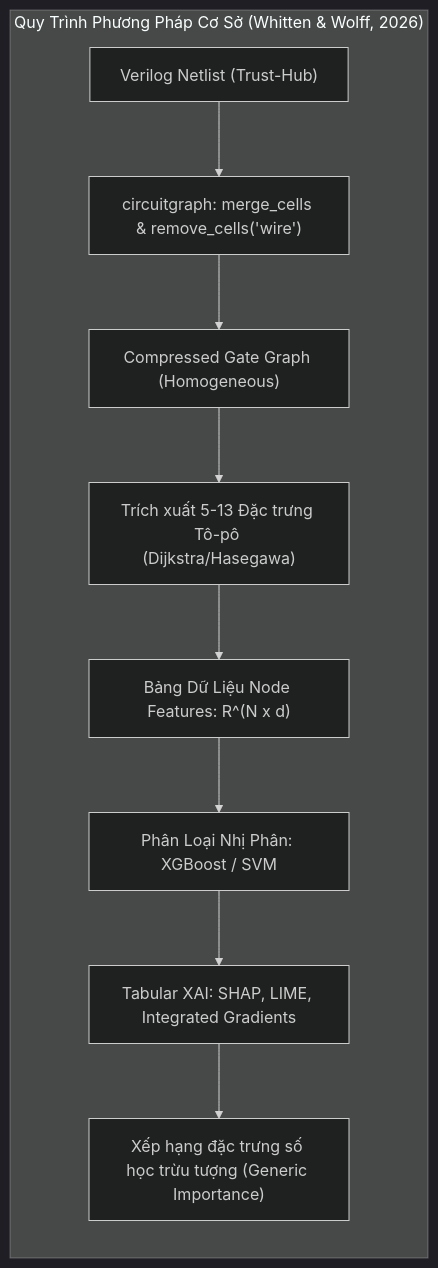
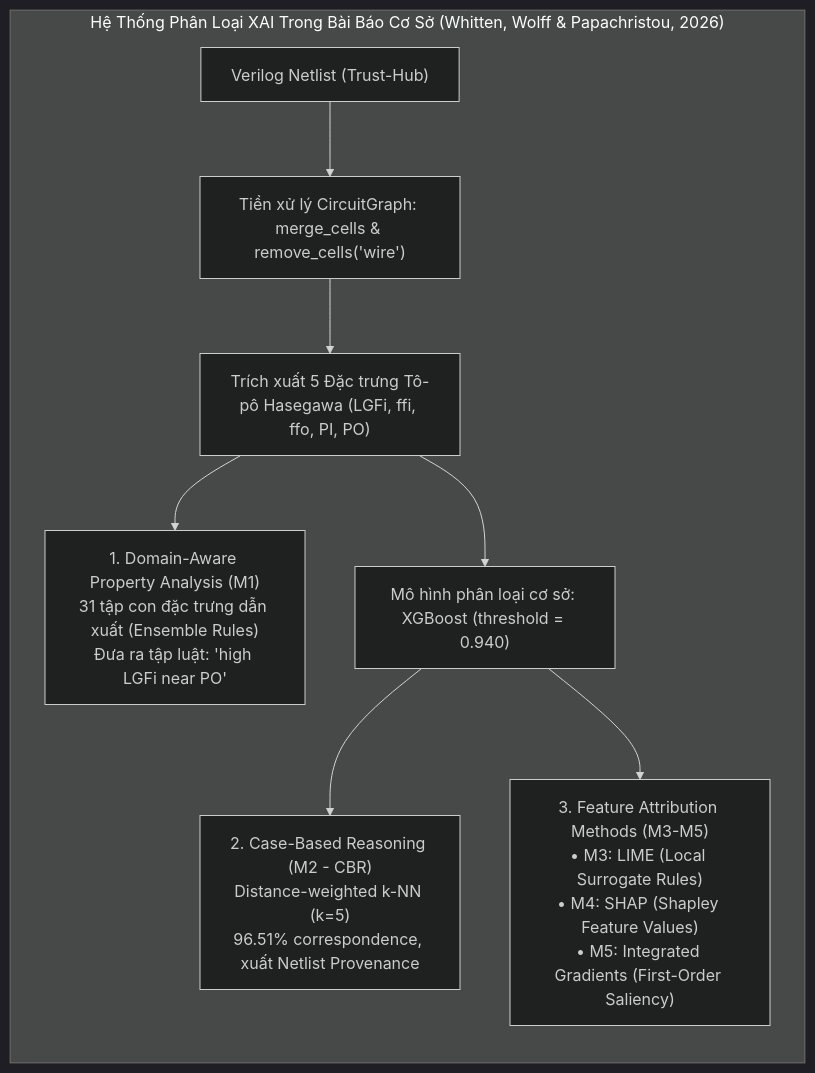
The second of 7 diagrams in reports/Research_Story.md (dattt19uit/expl_methods_hw_trojan_detection_code), drawn with Mermaid (dark theme) before and after one commit. The commit also changed other lines of this file and 7 other files, not shown here.

````diff
--- a/reports/Research_Story.md
+++ b/reports/Research_Story.md
@@ -71,13 +168,16 @@
 ```mermaid
-flowchart LR
-    subgraph Baseline_Flow ["Quy Trình Phương Pháp Cơ Sở (Whitten & Wolff, 2026)"]
+flowchart TD
+    subgraph Baseline_Taxonomy ["Hệ Thống Phân Loại XAI Trong Bài Báo Cơ Sở (Whitten, Wolff & Papachristou, 2026)"]
         direction TB
-        V1["Verilog Netlist (Trust-Hub)"] --> CG["circuitgraph: merge_cells & remove_cells('wire')"]
-        CG --> FG["Compressed Gate Graph (Homogeneous)"]
-        FG --> FE["Trích xuất 5-13 Đặc trưng Tô-pô (Dijkstra/Hasegawa)"]
-        FE --> TAB["Bảng Dữ Liệu Node Features: R^(N x d)"]
-        TAB --> XGB["Phân Loại Nhị Phân: XGBoost / SVM"]
-        XGB --> TXAI["Tabular XAI: SHAP, LIME, Integrated Gradients"]
-        TXAI --> OUT["Xếp hạng đặc trưng số học trừu tượng (Generic Importance)"]
+        NET["Verilog Netlist (Trust-Hub)"] --> CG["Tiền xử lý CircuitGraph: merge_cells & remove_cells('wire')"]
+        CG --> FE["Trích xuất 5 Đặc trưng Tô-pô Hasegawa (LGFi, ffi, ffo, PI, PO)"]
+        
+        FE --> M1_CAT["1. Domain-Aware Property Analysis (M1)<br/>31 tập con đặc trưng dẫn xuất (Ensemble Rules)<br/>Đưa ra tập luật: 'high LGFi near PO'"]
+        
+        FE --> DET["Mô hình phân loại cơ sở: XGBoost (threshold = 0.940)"]
+        
+        DET --> M2_CAT["2. Case-Based Reasoning (M2 - CBR)<br/>Distance-weighted k-NN (k=5)<br/>96.51% correspondence, xuất Netlist Provenance"]
+        
+        DET --> M35_CAT["3. Feature Attribution Methods (M3-M5)<br/>• M3: LIME (Local Surrogate Rules)<br/>• M4: SHAP (Shapley Feature Values)<br/>• M5: Integrated Gradients (First-Order Saliency)"]
     end
 ```
````
